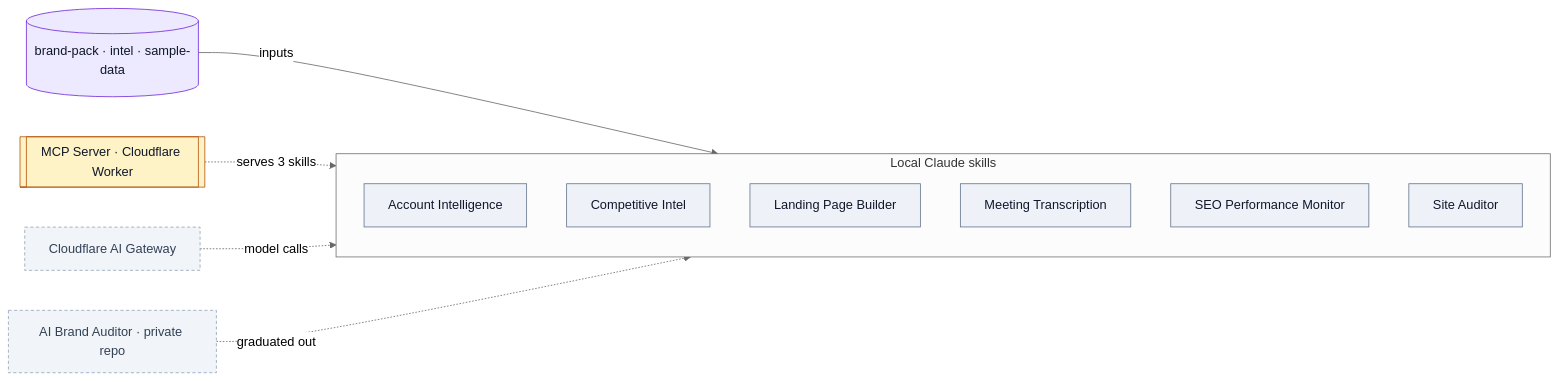
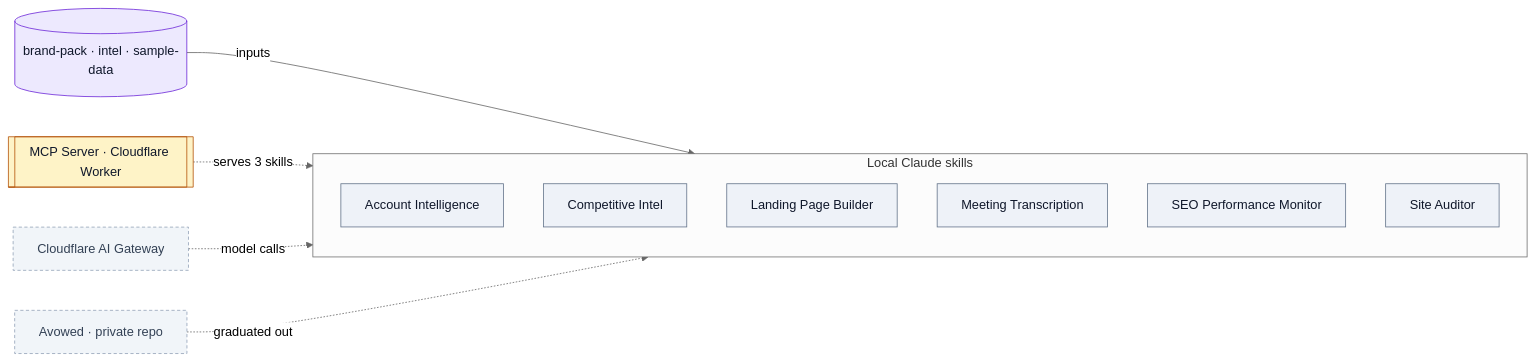
One commit to d-walia/marketing-agents changed the diagram in SYSTEM.md. Above: the diagram before and after it, drawn with Mermaid (neutral theme). The commit also changed other lines of this file and 4 other files, not shown here.

Commit message:
Rename AI Brand Auditor to Avowed in public copy (#3)

````diff
--- a/SYSTEM.md
+++ b/SYSTEM.md
@@ -7,21 +7,21 @@
 ```mermaid
 flowchart LR
   subgraph LOCAL["Local Claude skills"]
     A1["Account Intelligence"]:::process
     A2["Competitive Intel"]:::process
     A3["Landing Page Builder"]:::process
     A4["Meeting Transcription"]:::process
     A5["SEO Performance Monitor"]:::process
     A6["Site Auditor"]:::process
   end
   SUPP[("brand-pack · intel · sample-data")]:::store -->|inputs| LOCAL
   MCP[["MCP Server · Cloudflare Worker"]]:::service -.->|serves 3 skills| LOCAL
   GW["Cloudflare AI Gateway"]:::ext -.->|model calls| LOCAL
-  AUD["AI Brand Auditor · private repo"]:::ext -.->|graduated out| LOCAL
+  AUD["Avowed · private repo"]:::ext -.->|graduated out| LOCAL
   classDef trigger fill:#dcfce7,stroke:#15803d,color:#0f172a;
   classDef process fill:#eef2f8,stroke:#64748b,color:#0f172a;
   classDef service fill:#fef3c7,stroke:#b45309,color:#0f172a;
   classDef store fill:#ede9fe,stroke:#6d28d9,color:#0f172a;
   classDef output fill:#ccfbf1,stroke:#0f766e,color:#0f172a;
   classDef ext fill:#f1f5f9,stroke:#94a3b8,color:#334155,stroke-dasharray:4 3;
 ```
````
